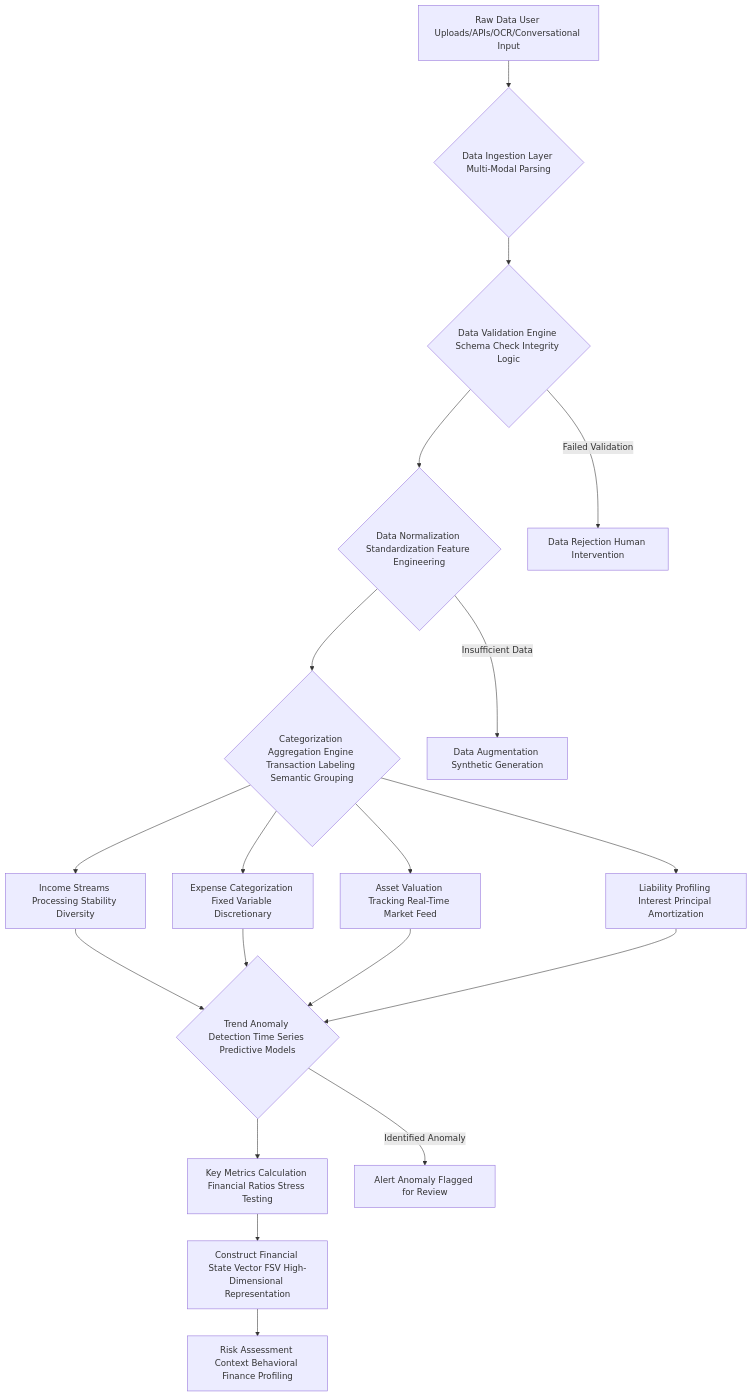
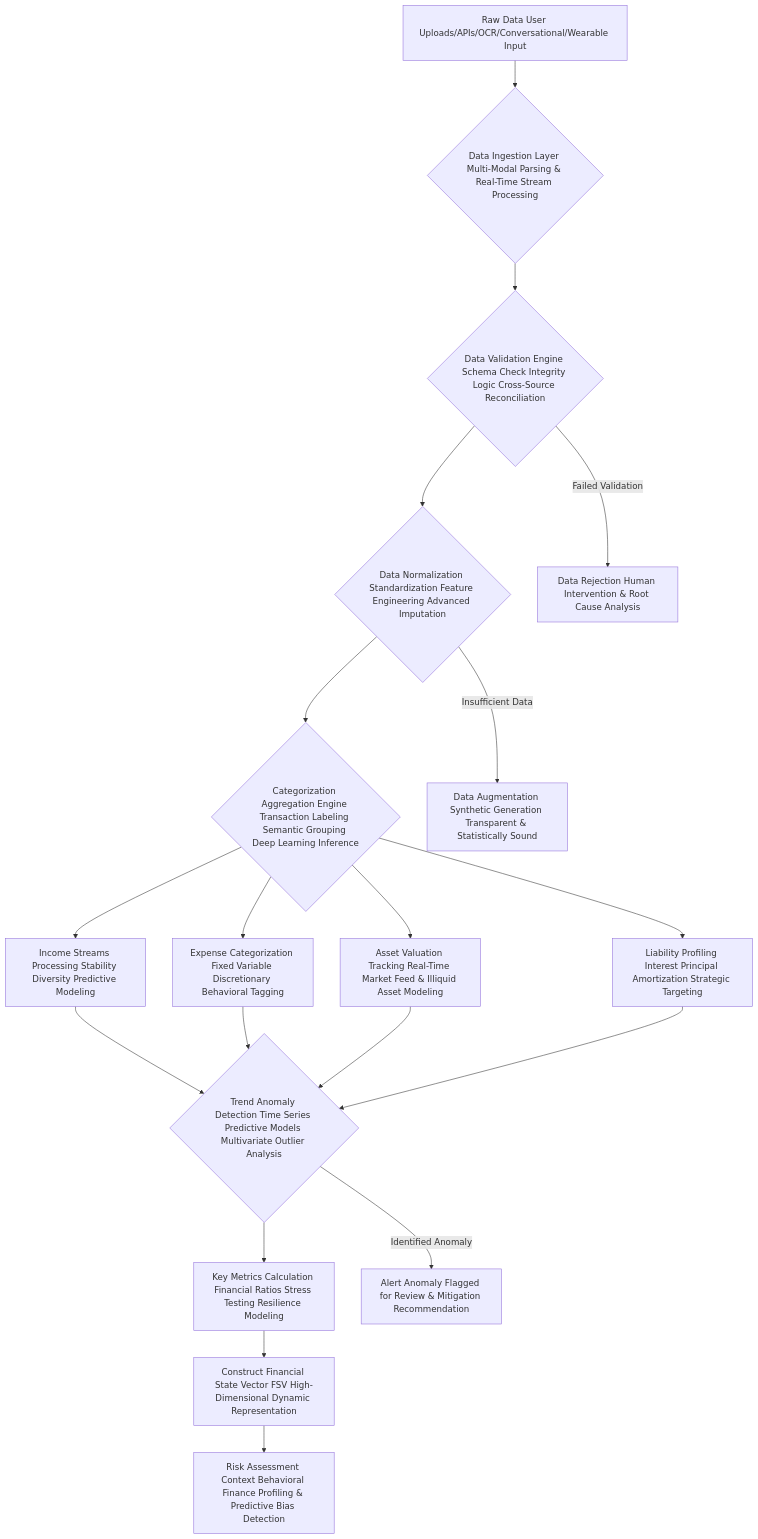
The third of 12 diagrams in inventions/004_ai_financial_plan_for_goals/generative_ai_prompt_template.md (diplomat-bit/Citibank_Demo_Business_Inc_Demonstration-), drawn with Mermaid before and after one commit. The commit also changed other lines of this file, not shown here.

Commit message:
[AI] Edit: inventions/004_ai_financial_plan_for_goals/generative_ai_prompt_template.md

````diff
--- a/inventions/004_ai_financial_plan_for_goals/generative_ai_prompt_template.md
+++ b/inventions/004_ai_financial_plan_for_goals/generative_ai_prompt_template.md
@@ -270,18 +280,18 @@
 ```mermaid
 graph TD
-    A[Raw Data User Uploads/APIs/OCR/Conversational Input] --> B{Data Ingestion Layer Multi-Modal Parsing}
-    B --> C{Data Validation Engine Schema Check Integrity Logic}
-    C --> D{Data Normalization Standardization Feature Engineering}
-    D --> E{Categorization Aggregation Engine Transaction Labeling Semantic Grouping}
-    E --> F1[Income Streams Processing Stability Diversity]
-    E --> F2[Expense Categorization Fixed Variable Discretionary]
-    E --> F3[Asset Valuation Tracking Real-Time Market Feed]
-    E --> F4[Liability Profiling Interest Principal Amortization]
-    F1 & F2 & F3 & F4 --> G{Trend Anomaly Detection Time Series Predictive Models}
-    G --> H[Key Metrics Calculation Financial Ratios Stress Testing]
-    H --> I[Construct Financial State Vector FSV High-Dimensional Representation]
-    I --> J[Risk Assessment Context Behavioral Finance Profiling]
-    C -- Failed Validation --> Z[Data Rejection Human Intervention]
-    D -- Insufficient Data --> Y[Data Augmentation Synthetic Generation]
-    G -- Identified Anomaly --> X[Alert Anomaly Flagged for Review]
+    A[Raw Data User Uploads/APIs/OCR/Conversational/Wearable Input] --> B{Data Ingestion Layer Multi-Modal Parsing & Real-Time Stream Processing}
+    B --> C{Data Validation Engine Schema Check Integrity Logic Cross-Source Reconciliation}
+    C --> D{Data Normalization Standardization Feature Engineering Advanced Imputation}
+    D --> E{Categorization Aggregation Engine Transaction Labeling Semantic Grouping Deep Learning Inference}
+    E --> F1[Income Streams Processing Stability Diversity Predictive Modeling]
+    E --> F2[Expense Categorization Fixed Variable Discretionary Behavioral Tagging]
+    E --> F3[Asset Valuation Tracking Real-Time Market Feed & Illiquid Asset Modeling]
+    E --> F4[Liability Profiling Interest Principal Amortization Strategic Targeting]
+    F1 & F2 & F3 & F4 --> G{Trend Anomaly Detection Time Series Predictive Models Multivariate Outlier Analysis}
+    G --> H[Key Metrics Calculation Financial Ratios Stress Testing Resilience Modeling]
+    H --> I[Construct Financial State Vector FSV High-Dimensional Dynamic Representation]
+    I --> J[Risk Assessment Context Behavioral Finance Profiling & Predictive Bias Detection]
+    C -- Failed Validation --> Z[Data Rejection Human Intervention & Root Cause Analysis]
+    D -- Insufficient Data --> Y[Data Augmentation Synthetic Generation Transparent & Statistically Sound]
+    G -- Identified Anomaly --> X[Alert Anomaly Flagged for Review & Mitigation Recommendation]
 ```
````
